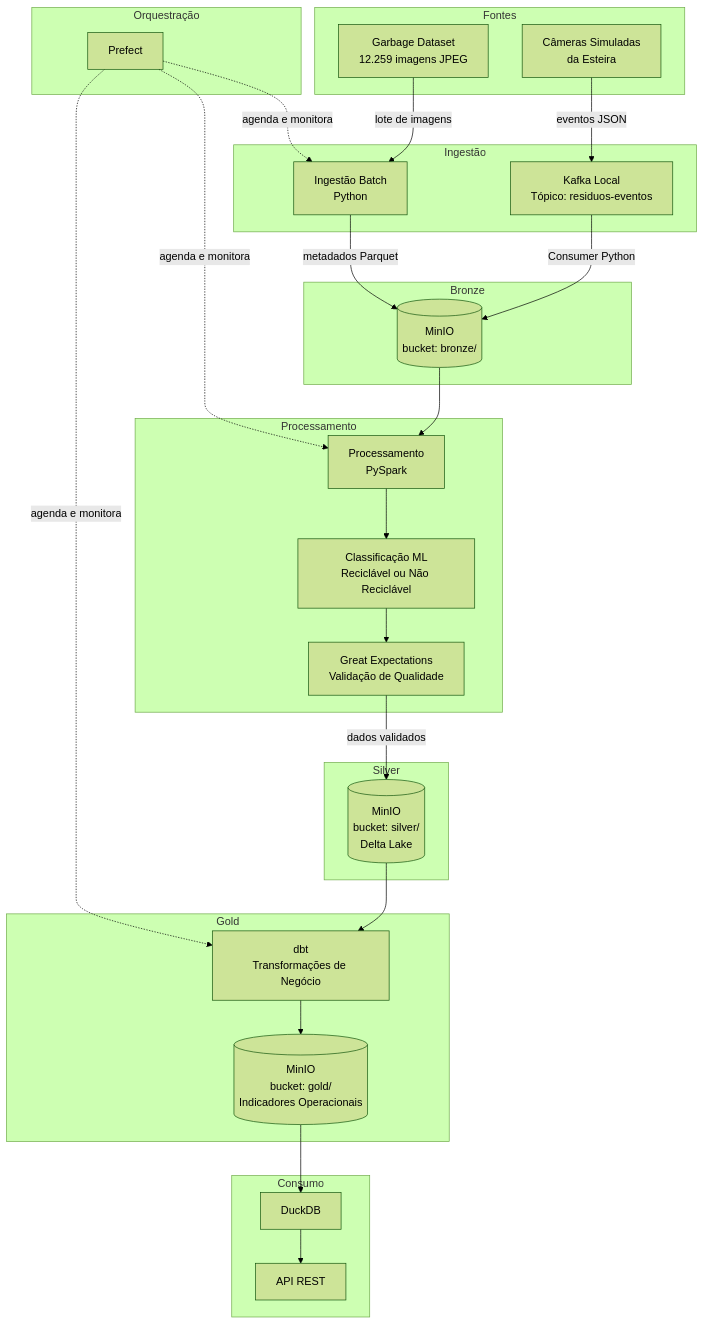
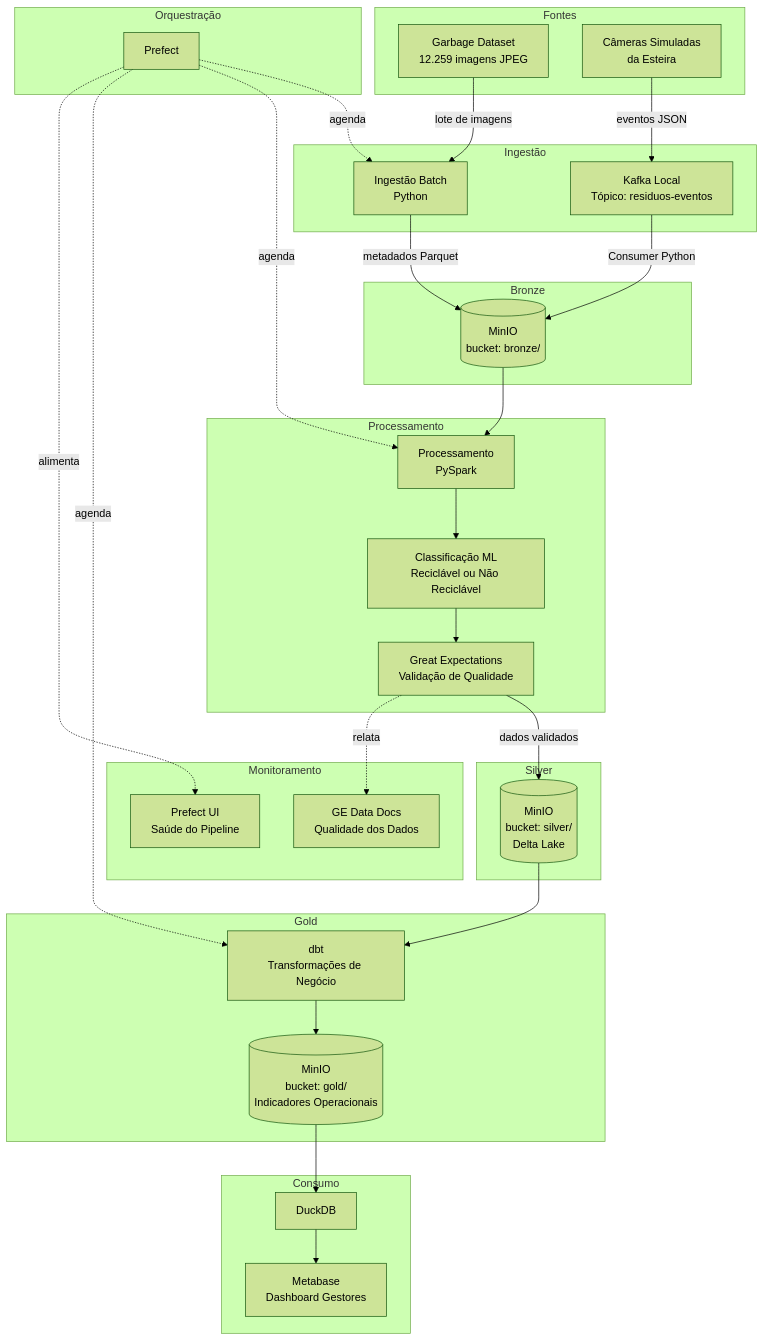
One commit to leonardoamaral90/uniceub_ecosort_eng216 changed the first of 2 diagrams in docs/04-arquitetura.md. Above: the diagram before and after it, drawn with Mermaid (forest theme). The commit also changed other lines of this file, not shown here.

Commit message:
Enhance architecture documentation formatting

````diff
--- a/docs/04-arquitetura.md
+++ b/docs/04-arquitetura.md
@@ -33,57 +33,66 @@
 ```mermaid
 flowchart TD
     subgraph Fontes
         F1[Garbage Dataset\n12.259 imagens JPEG]
         F2[Câmeras Simuladas\nda Esteira]
     end
 
     subgraph Ingestão
         I1[Ingestão Batch\nPython]
         I2[Kafka Local\nTópico: residuos-eventos]
     end
 
     subgraph Bronze
         B[(MinIO\nbucket: bronze/)]
     end
 
     subgraph Processamento
         P1[Processamento\nPySpark]
         P2[Classificação ML\nReciclável ou Não Reciclável]
         P3[Great Expectations\nValidação de Qualidade]
     end
 
     subgraph Silver
         S[(MinIO\nbucket: silver/\nDelta Lake)]
     end
 
     subgraph Gold
         G1[dbt\nTransformações de Negócio]
         G[(MinIO\nbucket: gold/\nIndicadores Operacionais)]
     end
 
     subgraph Consumo
         C1[DuckDB]
-        C2[Metabase]
-        C2[API REST]
+        C2[Metabase
+Dashboard Gestores]
     end
 
     subgraph Orquestração
         O[Prefect]
+    end
+
+    subgraph Monitoramento
+        M1[Prefect UI
+Saúde do Pipeline]
+        M2[GE Data Docs
+Qualidade dos Dados]
     end
 
     F1 -->|lote de imagens| I1
     F2 -->|eventos JSON| I2
     I1 -->|metadados Parquet| B
     I2 -->|Consumer Python| B
     B --> P1
     P1 --> P2
     P2 --> P3
     P3 -->|dados validados| S
     S --> G1
     G1 --> G
     G --> C1
     C1 --> C2
-    O -.->|agenda e monitora| I1
-    O -.->|agenda e monitora| P1
-    O -.->|agenda e monitora| G1
+    O -.->|agenda| I1
+    O -.->|agenda| P1
+    O -.->|agenda| G1
+    O -.->|alimenta| M1
+    P3 -.->|relata| M2
 ```
````
